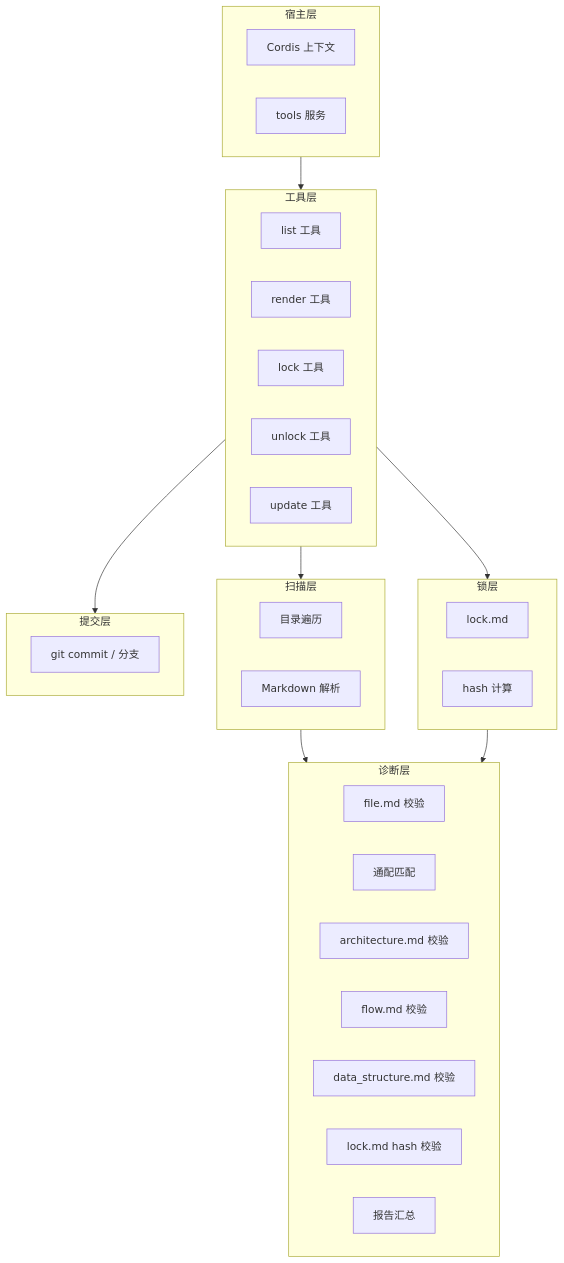
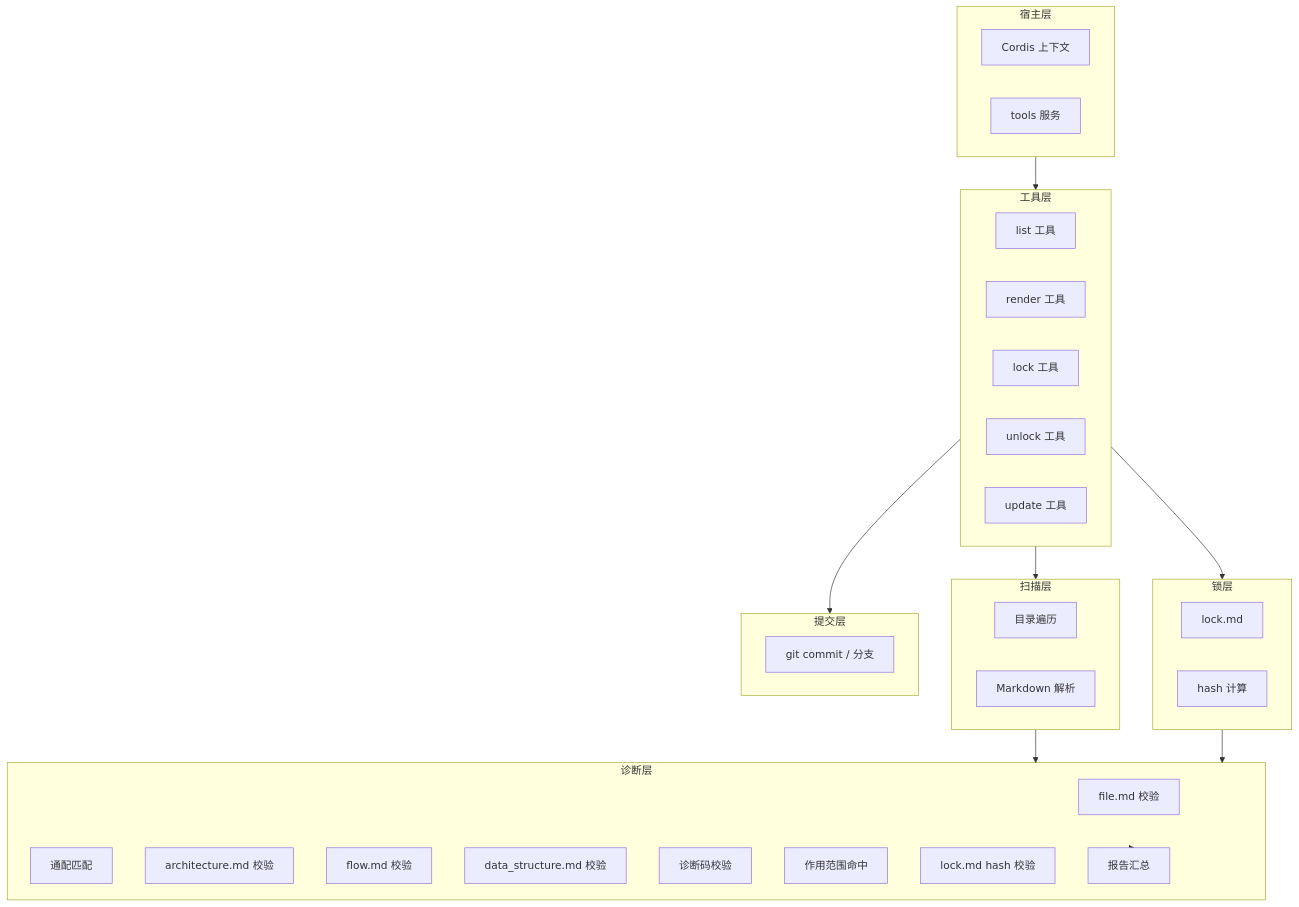
Before and after one commit to Cangjier/coder: the first of 7 diagrams in .coder/design/architecture.md, drawn with Mermaid. The commit also changed other lines of this file and 25 other files, not shown here.

````diff
--- a/.coder/design/architecture.md
+++ b/.coder/design/architecture.md
@@ -5,40 +5,43 @@
 ```mermaid
 flowchart TB
   subgraph 宿主层
     cordis["Cordis 上下文"]
     tools["tools 服务"]
   end
   subgraph 工具层
     list["list 工具"]
     render["render 工具"]
     lock["lock 工具"]
     unlock["unlock 工具"]
     update["update 工具"]
   end
   subgraph 扫描层
     walk["目录遍历"]
     parse["Markdown 解析"]
   end
   subgraph 诊断层
     file["file.md 校验"]
     glob["通配匹配"]
     arch["architecture.md 校验"]
     flow["flow.md 校验"]
     data["data_structure.md 校验"]
+    diag["诊断码校验"]
+    scope["作用范围命中"]
     lockHash["lock.md hash 校验"]
     report["报告汇总"]
   end
   subgraph 锁层
     lockFile["lock.md"]
     hash["hash 计算"]
   end
   subgraph 提交层
     git["git commit / 分支"]
   end
   宿主层 --> 工具层
   工具层 --> 扫描层
   工具层 --> 锁层
   工具层 --> 提交层
   扫描层 --> 诊断层
   锁层 --> 诊断层
+  诊断层 --> report
 ```
````
